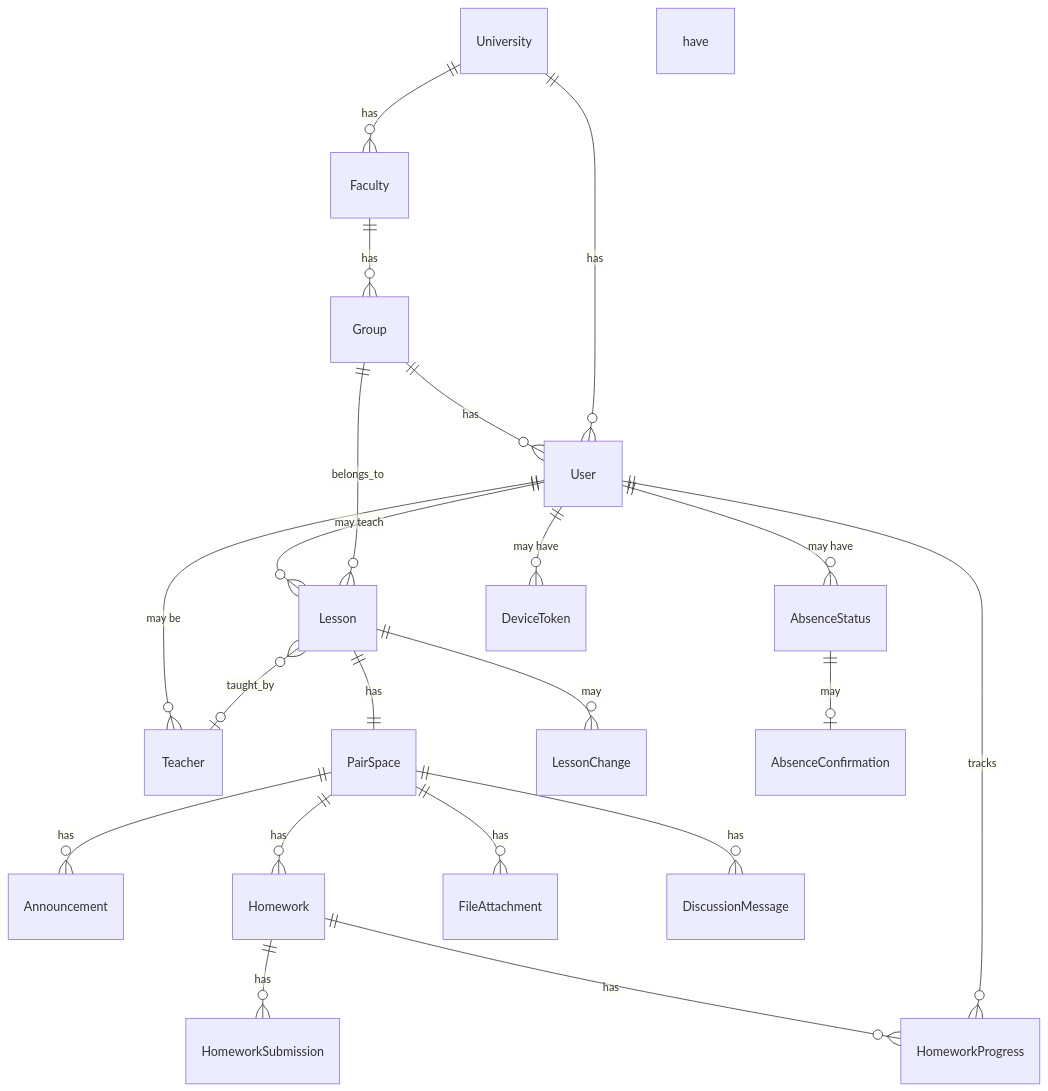
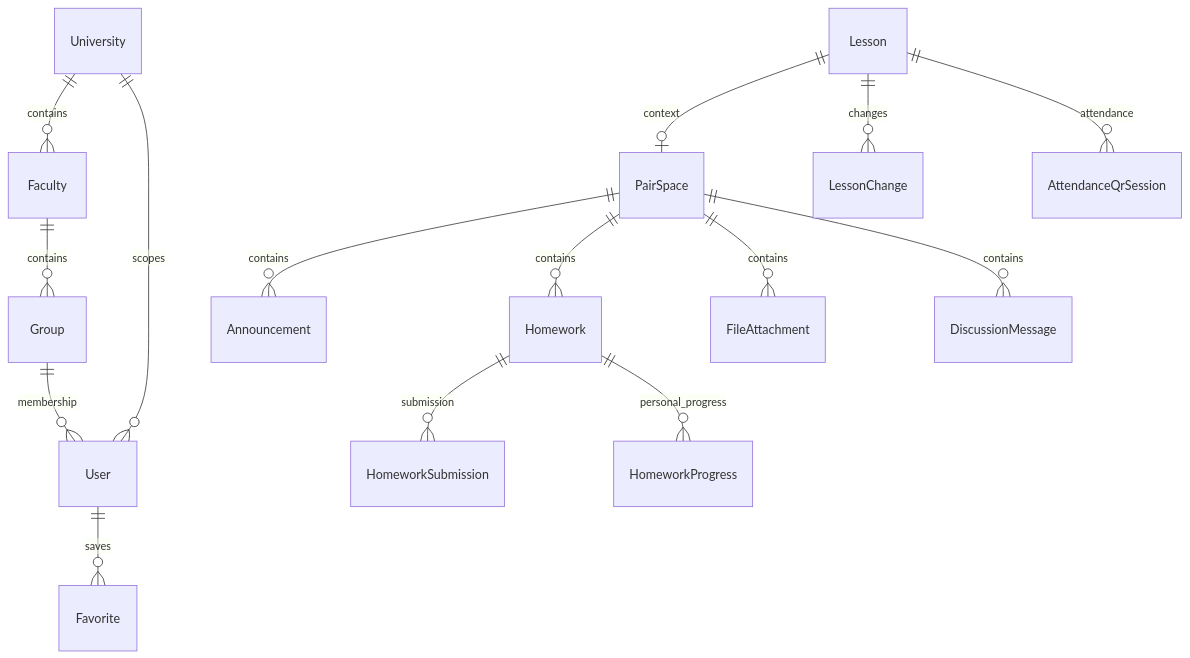
One commit to DeminLab/NaPare changed the diagram in docs/architecture/data-model.md. Above: the diagram before and after it, drawn with Mermaid. The commit also changed other lines of this file and 101 other files, not shown here.

````diff
--- a/docs/architecture/data-model.md
+++ b/docs/architecture/data-model.md
@@ -8,27 +7,17 @@
 ```mermaid
 erDiagram
-    University ||--o{ Faculty : has
-    Faculty ||--o{ Group : has
-    Group ||--o{ User : has
-    University ||--o{ User : has
-
-    User ||--o{ Teacher : "may be"
-    User ||--o{ Lesson : "may teach"
-    User ||--o{ AbsenceStatus : "may have"
-    User ||--o{ DeviceToken : "may have"
-
-    Lesson ||--|| PairSpace : has
-    Lesson ||--o{ LessonChange : may have
-    Lesson }o--|| Group : belongs_to
-    Lesson }o--o| Teacher : taught_by
-
-    PairSpace ||--o{ Announcement : has
-    PairSpace ||--o{ Homework : has
-    PairSpace ||--o{ FileAttachment : has
-    PairSpace ||--o{ DiscussionMessage : has
-
-    Homework ||--o{ HomeworkSubmission : has
-    Homework ||--o{ HomeworkProgress : has
-    User ||--o{ HomeworkProgress : tracks
-    AbsenceStatus ||--o| AbsenceConfirmation : may have
+    University ||--o{ Faculty : contains
+    Faculty ||--o{ Group : contains
+    University ||--o{ User : scopes
+    Group ||--o{ User : membership
+    Lesson ||--o| PairSpace : context
+    Lesson ||--o{ LessonChange : changes
+    PairSpace ||--o{ Announcement : contains
+    PairSpace ||--o{ Homework : contains
+    PairSpace ||--o{ FileAttachment : contains
+    PairSpace ||--o{ DiscussionMessage : contains
+    Homework ||--o{ HomeworkSubmission : submission
+    Homework ||--o{ HomeworkProgress : personal_progress
+    User ||--o{ Favorite : saves
+    Lesson ||--o{ AttendanceQrSession : attendance
 ```
````
